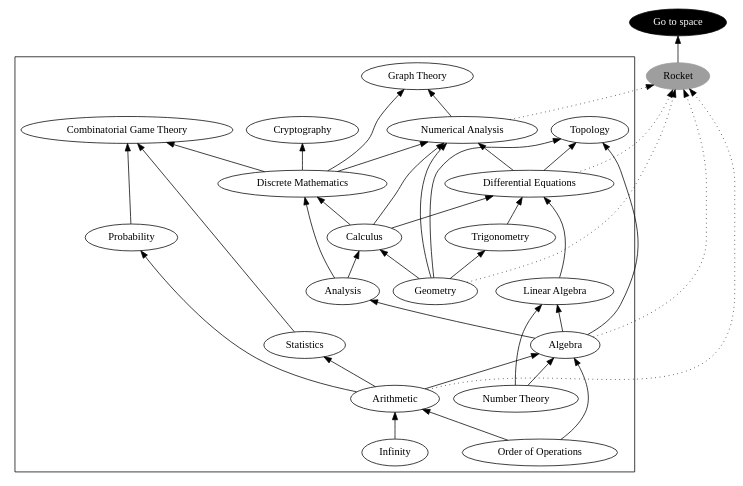
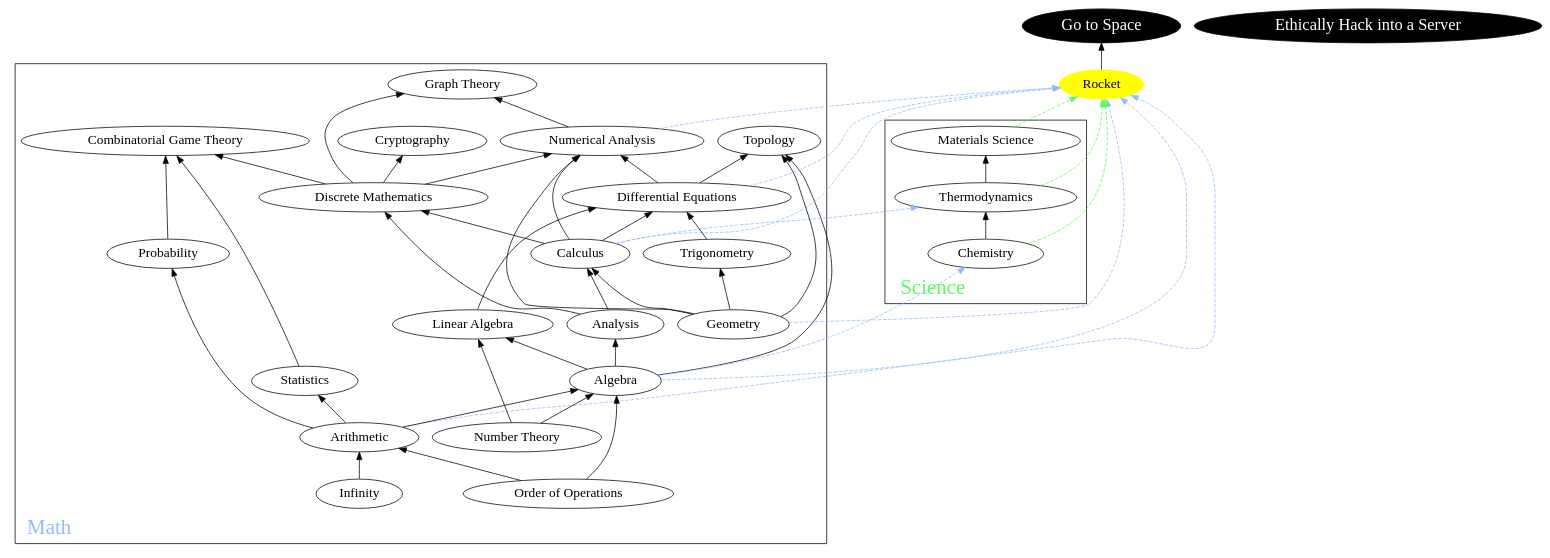
One commit to blane07/growth-paths changed the diagram in dot/main.dot. Above: the diagram before and after it, drawn with Graphviz. The commit also changed 1 other file, not shown here.

```diff
--- a/dot/main.dot
+++ b/dot/main.dot
@@ -1,57 +1,88 @@
 digraph G {
 
   // general config
-  rankdir=BT
+  rankdir = BT
+  compound = true
+  graph [labeljust=l fontsize=28]
 
 
   // capabilities
-  node [style=filled color=black fontcolor=white]
-  GoToSpace [label="Go to space"]
+  node [style=filled color=black fontcolor=white fontsize=22]
+
+  GoToSpace [label="Go to Space"]
+  EthicalHacker [label="Ethically Hack into a Server"]
+
+  {rank=same GoToSpace EthicalHacker}
 
 
   // vehicles
-  node [style=filled color=grey62 fontcolor=black]
+  node [style=filled color=yellow fontcolor=black fontsize=18]
 
   Rocket -> GoToSpace
 
+  {rank=same Rocket}
+
 
   // topics
-  node [style=solid color=black]
+  node [style=solid color=black fontcolor=black]
 
   subgraph cluster_math {
+    label = "Math"
+    fontcolor = "#91BDFF"
+    href = "https://simple.wikipedia.org/wiki/List_of_mathematics_topics"
 
     Algebra -> {Analysis, LinearAlgebra, Topology}
     Analysis -> {Calculus, DiscreteMathematics}
     Arithmetic -> {Algebra, Probability, Statistics}
     Calculus -> {DifferentialEquations, NumericalAnalysis, DiscreteMathematics}
     CombinatorialGameTheory [label="Combinatorial Game Theory"]
     CombinatorialGameTheory 
     Cryptography
     DifferentialEquations [label="Differential Equations"]
     DifferentialEquations -> {NumericalAnalysis, Topology}
     DiscreteMathematics [label="Discrete Mathematics"]
     DiscreteMathematics -> {GraphTheory, NumericalAnalysis, Cryptography, CombinatorialGameTheory}
     Geometry -> {Calculus, NumericalAnalysis, Trigonometry, Topology}
     GraphTheory [label="Graph Theory"]
     GraphTheory 
     Infinity -> {Arithmetic}
     LinearAlgebra [label="Linear Algebra"]
     LinearAlgebra -> {DifferentialEquations}
     NumberTheory [label="Number Theory"]
     NumberTheory -> {LinearAlgebra, Algebra}
     NumericalAnalysis [label="Numerical Analysis"]
     NumericalAnalysis -> {GraphTheory}
     OrderOfOperations [label="Order of Operations"]
     OrderOfOperations -> {Arithmetic, Algebra}
     Probability -> {CombinatorialGameTheory}
     Statistics -> {CombinatorialGameTheory}
     Topology
     Trigonometry -> {DifferentialEquations}
 
   }
 
+  {Arithmetic, Algebra, Calculus, Geometry, NumericalAnalysis, DifferentialEquations} -> Rocket [color="#91BDFF" style=dashed]
 
-  // relationships
-  {Arithmetic, Algebra, Geometry, NumericalAnalysis, DifferentialEquations} -> Rocket [style=dotted]
+  subgraph cluster_science {
+    label = "Science"
+    href = "https://en.wikipedia.org/wiki/Branches_of_science#Physical_science"
+    fontcolor = "#57FF57"
+
+    Chemistry -> {Thermodynamics}
+    {Algebra} -> Chemistry [color="#91BDFF" style=dashed]
+//    ClassicalMechanics [label="Classical Mechanics"]
+//    ClassicalMechanics -> {RelativisticMechanics}
+//    Electromagnetism
+    MaterialsScience [label="Materials Science"]
+    MaterialsScience 
+//    RelativisticMechanics [label="Relativistic Mechanics"]
+//    RelativisticMechanics 
+    Thermodynamics -> {MaterialsScience}
+    {Calculus} -> Thermodynamics [color="#91BDFF" style=dashed]
+//    QuantumMechanics [label="Quantum Mechanics"]
+
+  }
+
+  {Chemistry, MaterialsScience, Thermodynamics} -> Rocket [color="#57FF57" style=dashed]
 
 }
```
